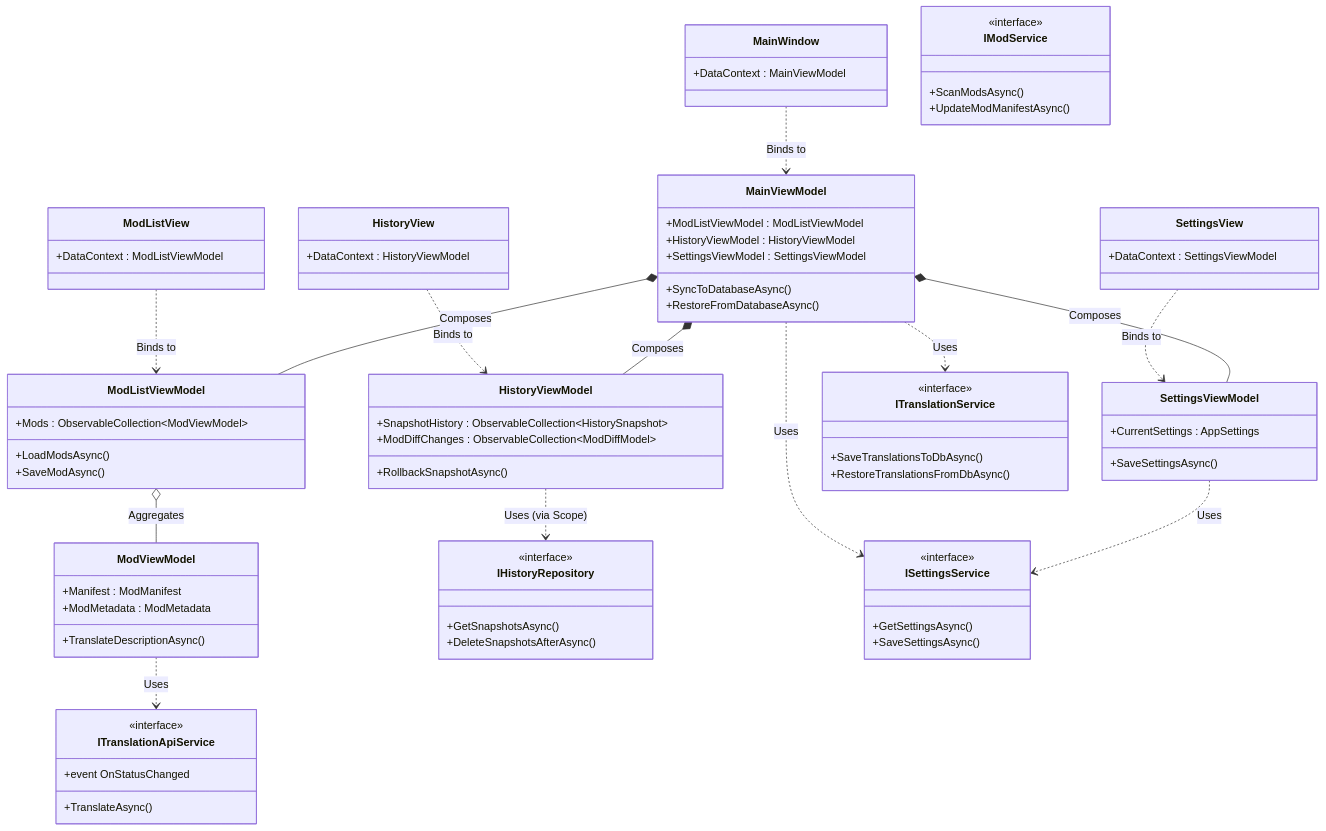
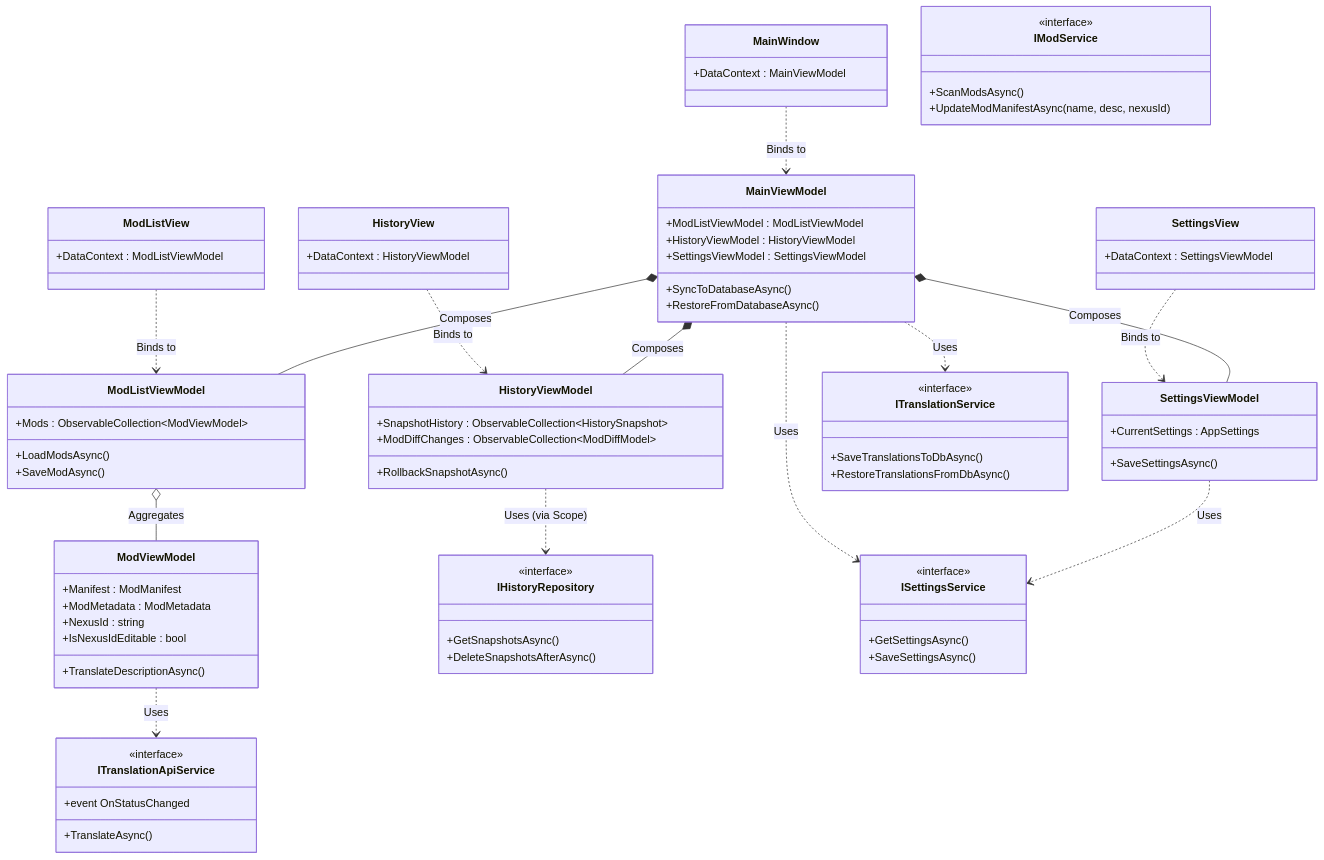
Before and after one commit to Sisyphean-a/SMTMS: the second of 5 diagrams in docs/ARCHITECTURE.md, drawn with Mermaid. The commit also changed other lines of this file and 16 other files, not shown here.

```diff
--- a/docs/ARCHITECTURE.md
+++ b/docs/ARCHITECTURE.md
@@ -84,6 +84,8 @@
     class ModViewModel {
         +Manifest : ModManifest
         +ModMetadata : ModMetadata
+        +NexusId : string
+        +IsNexusIdEditable : bool
         +TranslateDescriptionAsync()
     }
 
@@ -96,7 +98,7 @@
     class IModService {
         <<interface>>
         +ScanModsAsync()
-        +UpdateModManifestAsync()
+        +UpdateModManifestAsync(name, desc, nexusId)
     }
     class IHistoryRepository {
         <<interface>>
```
